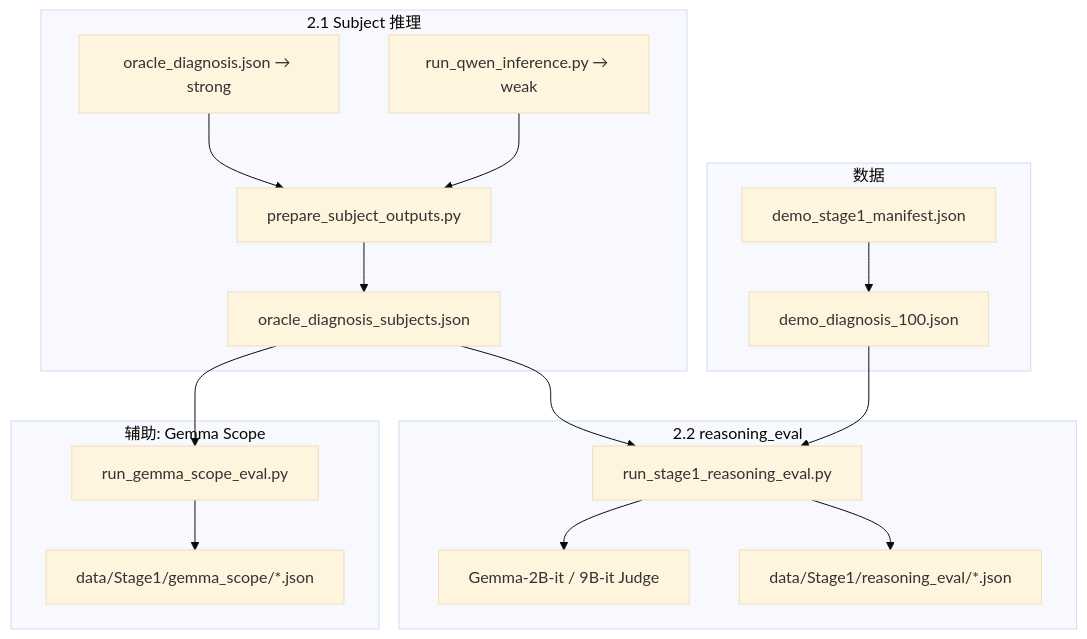
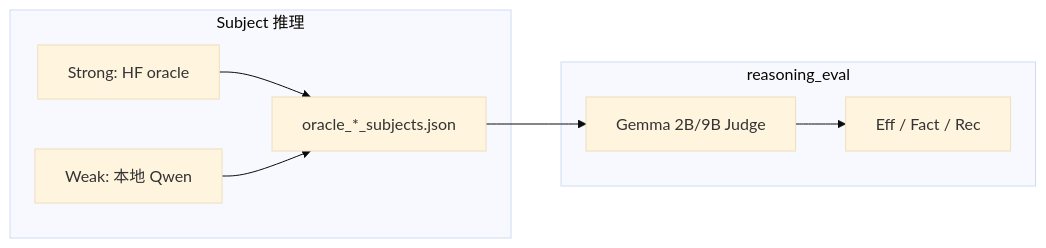
The first of 2 diagrams in docs/reports/STAGE1_EXPERIMENT_REPORT.md (wumingxin238/MedRBench), drawn with Mermaid (base theme) before and after one commit. The commit also changed other lines of this file and 10 other files, not shown here.

````diff
--- a/docs/reports/STAGE1_EXPERIMENT_REPORT.md
+++ b/docs/reports/STAGE1_EXPERIMENT_REPORT.md
@@ -75,36 +40,15 @@
 ```mermaid
-flowchart TB
-  subgraph data [数据]
-    M[demo_stage1_manifest.json]
-    D[demo_diagnosis_100.json]
+flowchart LR
+  subgraph s21 [Subject 推理]
+    O[Strong: HF oracle]
+    Q[Weak: 本地 Qwen]
+    P[oracle_*_subjects.json]
   end
-
-  subgraph s21 [2.1 Subject 推理]
-    O[oracle_diagnosis.json → strong]
-    Q[run_qwen_inference.py → weak]
-    P[prepare_subject_outputs.py]
-    S[oracle_diagnosis_subjects.json]
+  subgraph s22 [reasoning_eval]
+    J[Gemma 2B/9B Judge]
+    OUT[Eff / Fact / Rec]
   end
-
-  subgraph s22 [2.2 reasoning_eval]
-    R[run_stage1_reasoning_eval.py]
-    J[Gemma-2B-it / 9B-it Judge]
-    OUT[data/Stage1/reasoning_eval/*.json]
-  end
-
-  subgraph aux [辅助: Gemma Scope]
-    G[run_gemma_scope_eval.py]
-    GS[data/Stage1/gemma_scope/*.json]
-  end
-
-  M --> D
   O --> P
   Q --> P
-  P --> S
-  S --> R
-  D --> R
-  R --> J
-  R --> OUT
-  S --> G
-  G --> GS
+  P --> J --> OUT
 ```
````
